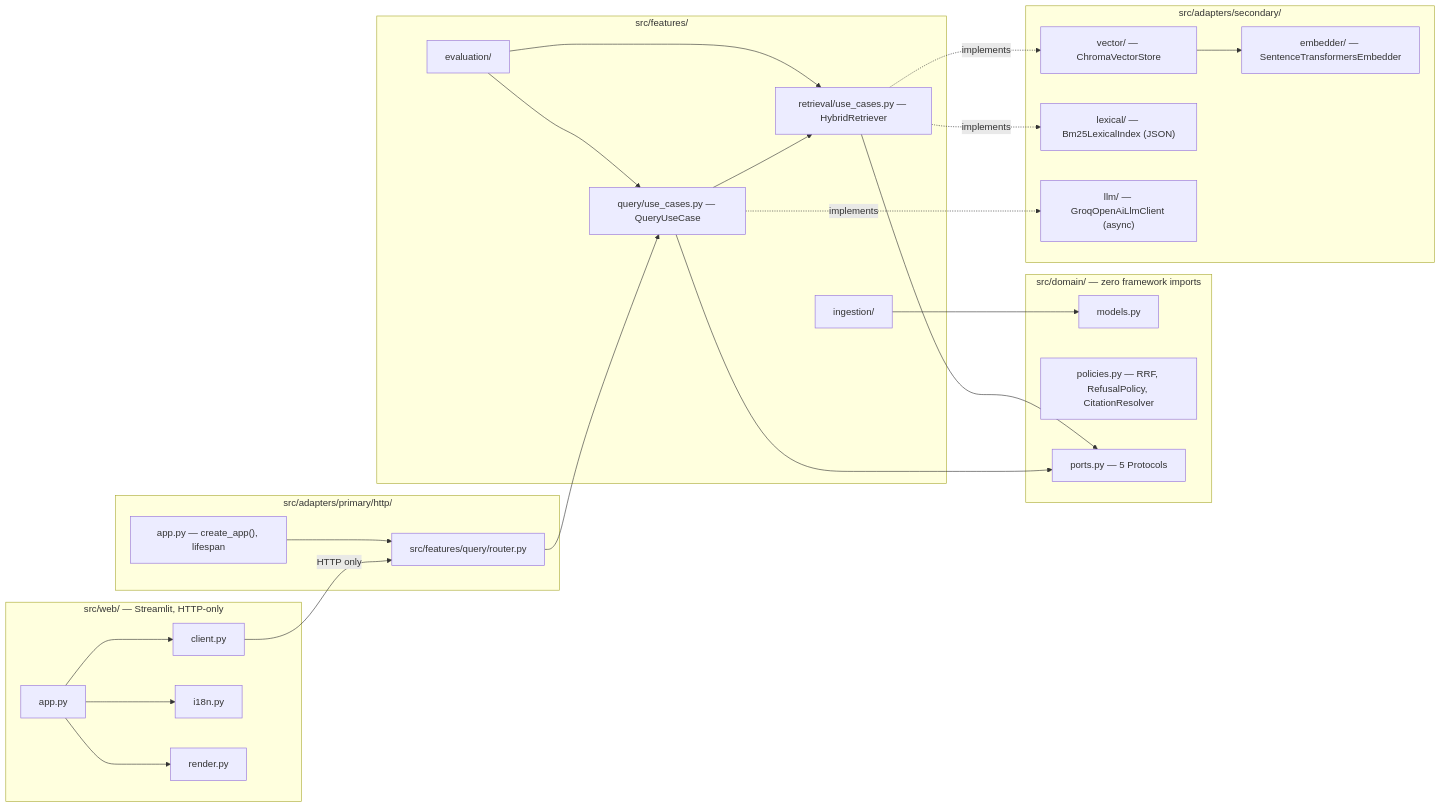
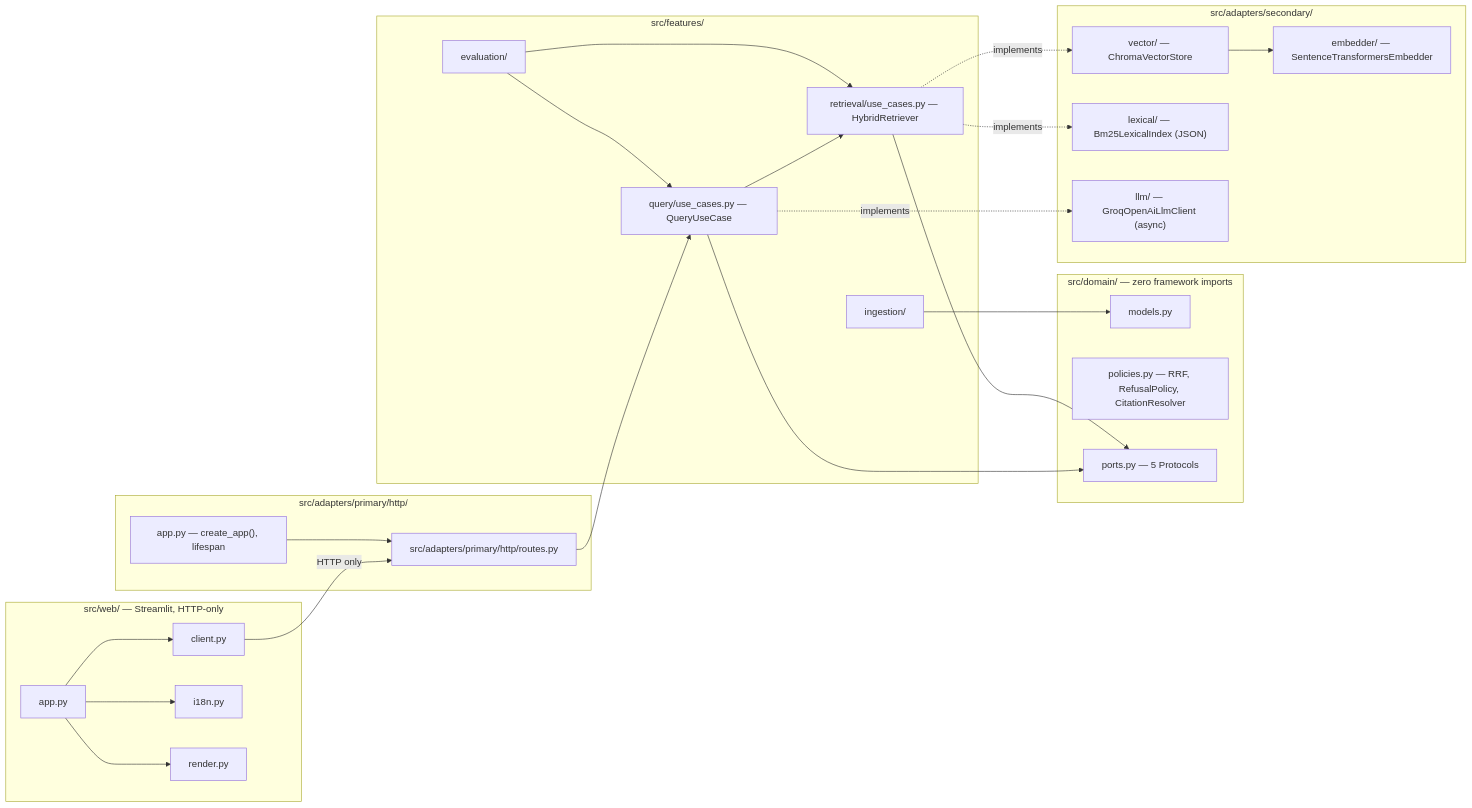
Before and after one commit to Jehu-Lara/manufacturing-rag-assistant: the second of 3 diagrams in docs/architecture/c4-diagram.md, drawn with Mermaid. The commit also changed 40 other files, not shown here.

````diff
--- a/docs/architecture/c4-diagram.md
+++ b/docs/architecture/c4-diagram.md
@@ -35,53 +35,53 @@
 ```mermaid
 graph LR
     subgraph web["src/web/ — Streamlit, HTTP-only"]
         webapp["app.py"]
         client["client.py"]
         i18n["i18n.py"]
         render["render.py"]
     end
 
     subgraph primary["src/adapters/primary/http/"]
-        router["src/features/query/router.py"]
+        router["src/adapters/primary/http/routes.py"]
         appfactory["app.py — create_app(), lifespan"]
     end
 
     subgraph domain["src/domain/ — zero framework imports"]
         models["models.py"]
         policies["policies.py — RRF, RefusalPolicy, CitationResolver"]
         ports["ports.py — 5 Protocols"]
     end
 
     subgraph features["src/features/"]
         query_uc["query/use_cases.py — QueryUseCase"]
         retrieval_uc["retrieval/use_cases.py — HybridRetriever"]
         ingestion_f["ingestion/"]
         evaluation_f["evaluation/"]
     end
 
     subgraph secondary["src/adapters/secondary/"]
         embedder["embedder/ — SentenceTransformersEmbedder"]
         vector["vector/ — ChromaVectorStore"]
         lexical["lexical/ — Bm25LexicalIndex (JSON)"]
         llmadapter["llm/ — GroqOpenAiLlmClient (async)"]
     end
 
     webapp --> client
     webapp --> i18n
     webapp --> render
     client -->|"HTTP only"| router
 
     router --> query_uc
     query_uc --> ports
     query_uc --> retrieval_uc
     retrieval_uc --> ports
     query_uc -.implements.-> llmadapter
     retrieval_uc -.implements.-> vector
     retrieval_uc -.implements.-> lexical
     vector --> embedder
 
     appfactory --> router
     ingestion_f --> models
     evaluation_f --> retrieval_uc
     evaluation_f --> query_uc
 ```
````
